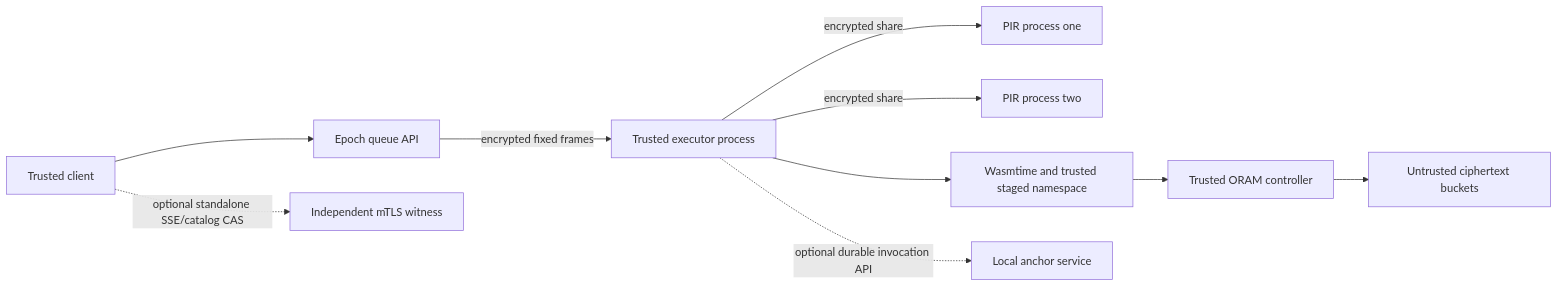
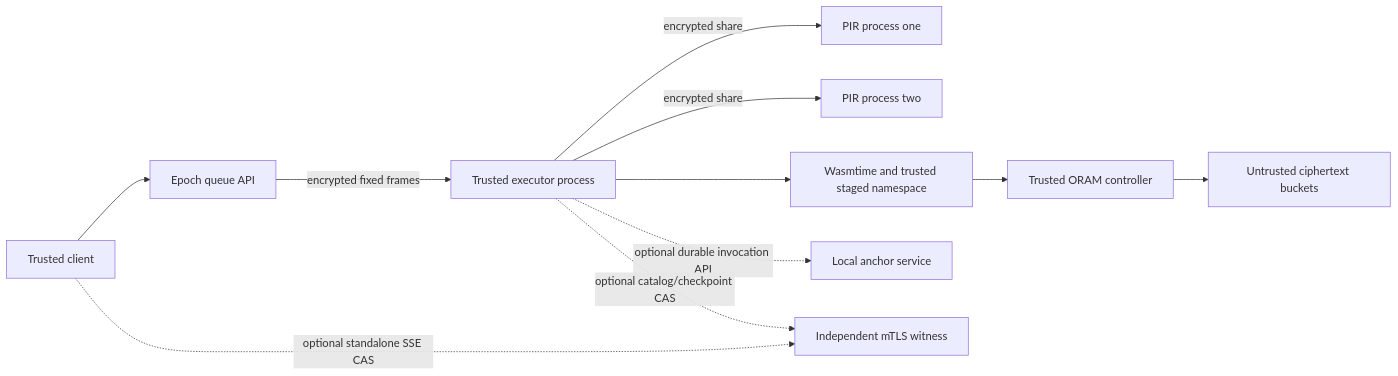
The diagram in docs/THREAT_MODEL.md (dumbly-smart/Oblivion), drawn with Mermaid before and after one commit. The commit also changed other lines of this file and 12 other files, not shown here.

````diff
--- a/docs/THREAT_MODEL.md
+++ b/docs/THREAT_MODEL.md
@@ -9,12 +9,13 @@
 ```mermaid
 flowchart LR
   C[Trusted client] --> Q[Epoch queue API]
   Q -->|encrypted fixed frames| E[Trusted executor process]
   E -->|encrypted share| P1[PIR process one]
   E -->|encrypted share| P2[PIR process two]
   E --> W[Wasmtime and trusted staged namespace]
   W --> O[Trusted ORAM controller]
   O --> S[Untrusted ciphertext buckets]
   E -. optional durable invocation API .-> A[Local anchor service]
-  C -. optional standalone SSE/catalog CAS .-> R[Independent mTLS witness]
+  C -. optional standalone SSE CAS .-> R[Independent mTLS witness]
+  E -. optional catalog/checkpoint CAS .-> R
 ```
````
